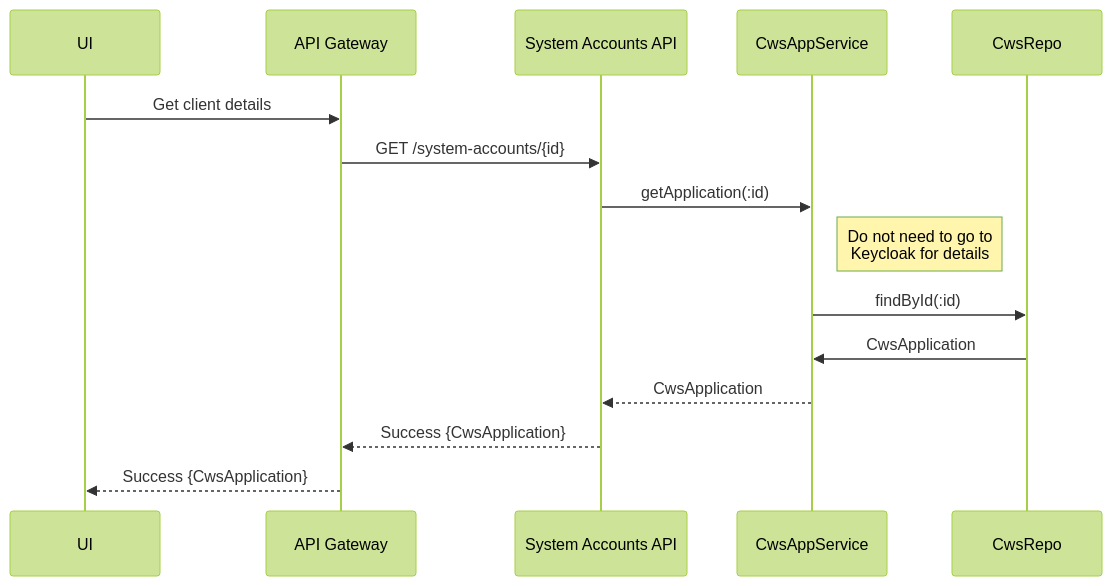
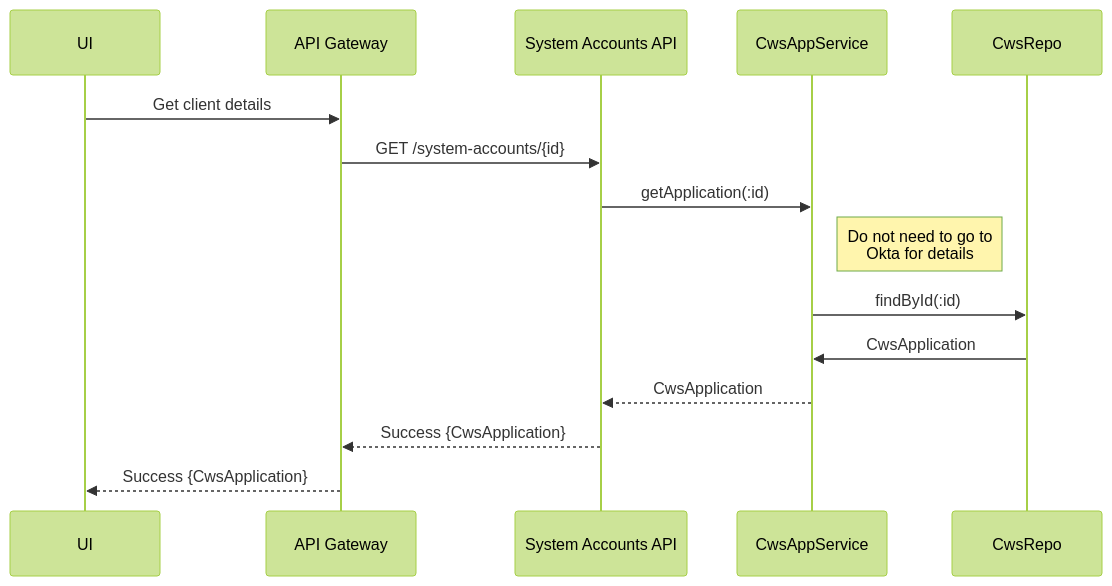
One commit to venuduggireddy/slakedit changed the second of 4 diagrams in README.md. Above: the diagram before and after it, drawn with Mermaid (forest theme). The commit also changed other lines of this file, not shown here.

````diff
--- a/README.md
+++ b/README.md
@@ -103,12 +103,12 @@
 ```mermaid
 sequenceDiagram
 UI ->> API Gateway: Get client details
 API Gateway->>System Accounts API: GET /system-accounts/{id}
 System Accounts API ->> CwsAppService:  getApplication(:id)
-Note right of CwsAppService: Do not need to go to <br/>Keycloak for details
+Note right of CwsAppService: Do not need to go to <br/>Okta for details
 CwsAppService ->> CwsRepo: findById(:id)
 CwsRepo->> CwsAppService : CwsApplication
 CwsAppService -->> System Accounts API: CwsApplication
 System Accounts API -->> API Gateway: Success {CwsApplication}
 API Gateway -->> UI: Success {CwsApplication}
 ```
````
